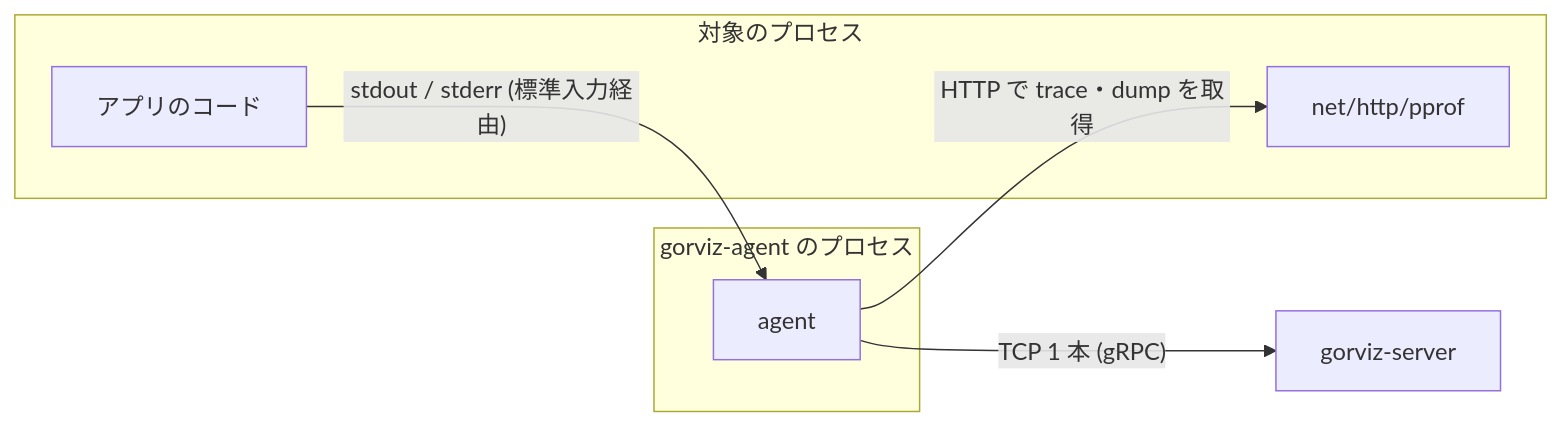
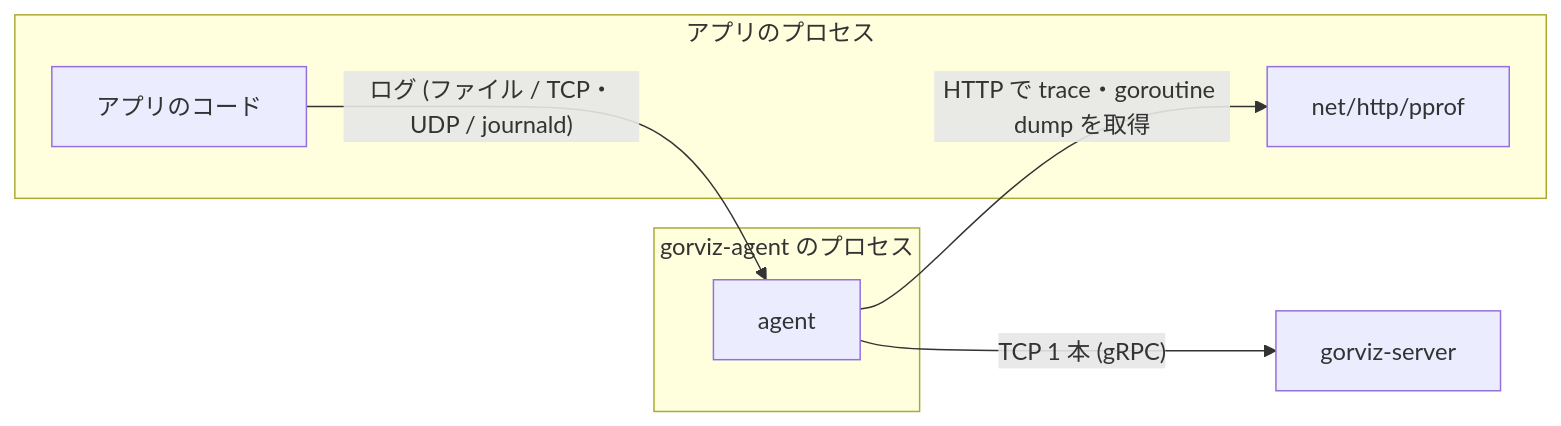
One commit to kakkky/gorviz changed the second of 4 diagrams in docs/design.md. Above: the diagram before and after it, drawn with Mermaid. The commit also changed other lines of this file, not shown here.

Commit message:
docs: reorganize the design into overview, motivation, architecture and per-component specs, and collect logs from files, TCP/UDP and journald the way Datadog does

````diff
--- a/docs/design.md
+++ b/docs/design.md
@@ -72,15 +105,15 @@
 ```mermaid
 flowchart LR
-    subgraph appproc["対象のプロセス"]
+    subgraph appproc["アプリのプロセス"]
         app["アプリのコード"]
         pprof["net/http/pprof"]
     end
     subgraph agentproc["gorviz-agent のプロセス"]
         agent["agent"]
     end
     server["gorviz-server"]
 
-    agent -->|"HTTP で trace・dump を取得"| pprof
-    app -->|"stdout / stderr (標準入力経由)"| agent
+    agent -->|"HTTP で trace・goroutine dump を取得"| pprof
+    app -->|"ログ (ファイル / TCP・UDP / journald)"| agent
     agent -->|"TCP 1 本 (gRPC)"| server
 ```
````
